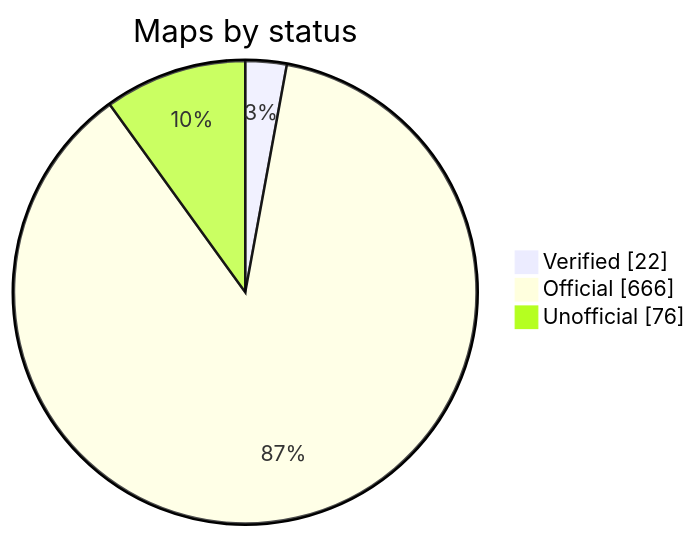
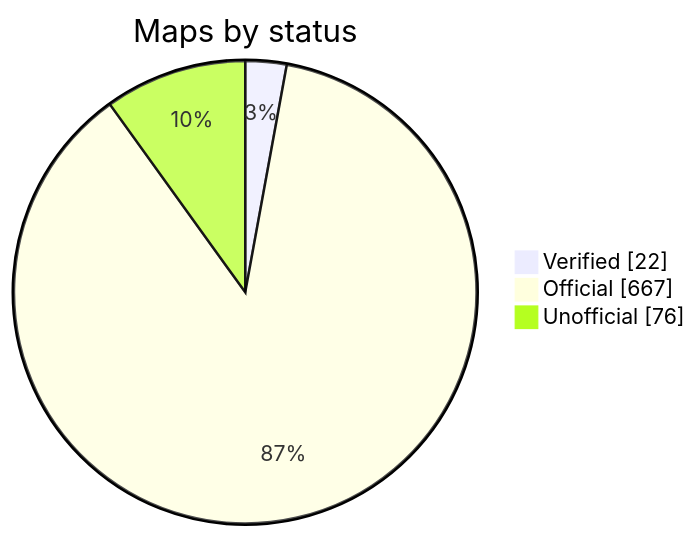
The diagram in README.md (nobrega8/mbmap-library), drawn with Mermaid before and after one commit. The commit also changed 6 other files, not shown here.

Commit message:
Add EQUYSIS Ultra-TT ultrasonic flow meter map (closes #592) (#610)

````diff
--- a/README.md
+++ b/README.md
@@ -52,7 +52,7 @@
 ```mermaid
 pie showData
     title Maps by status
     "Verified" : 22
-    "Official" : 666
+    "Official" : 667
     "Unofficial" : 76
 ```
````
